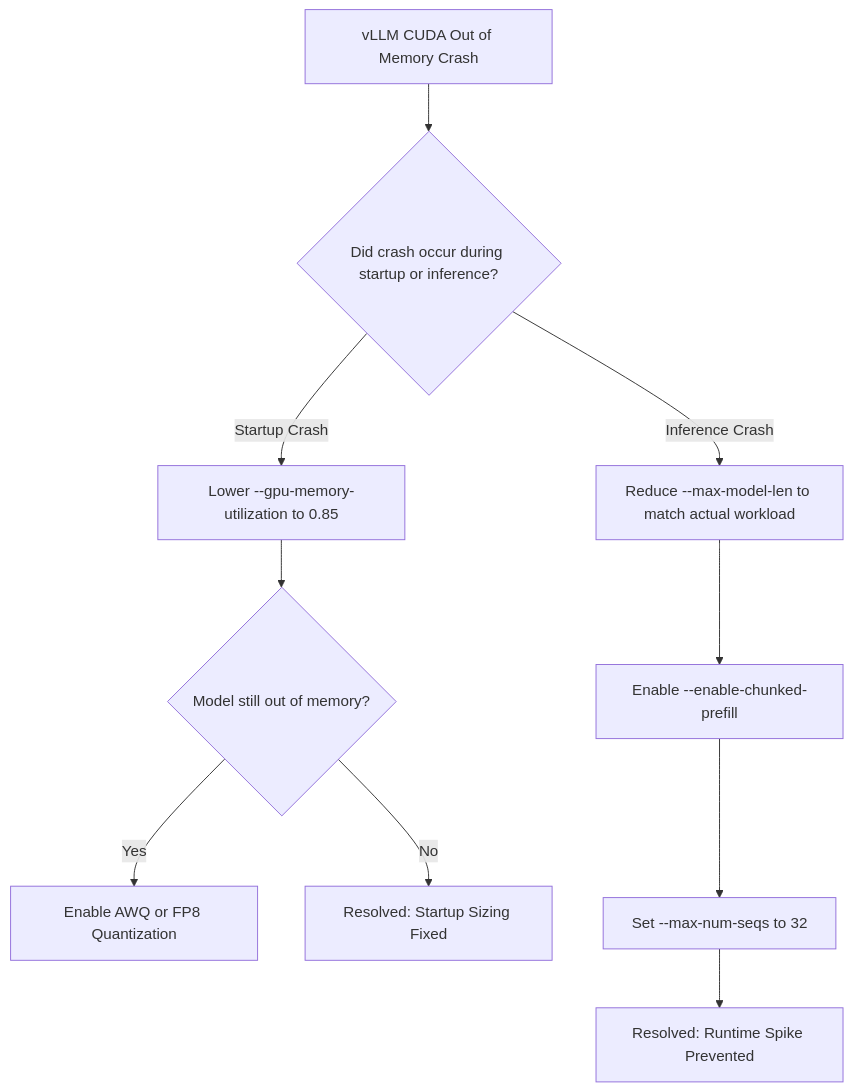
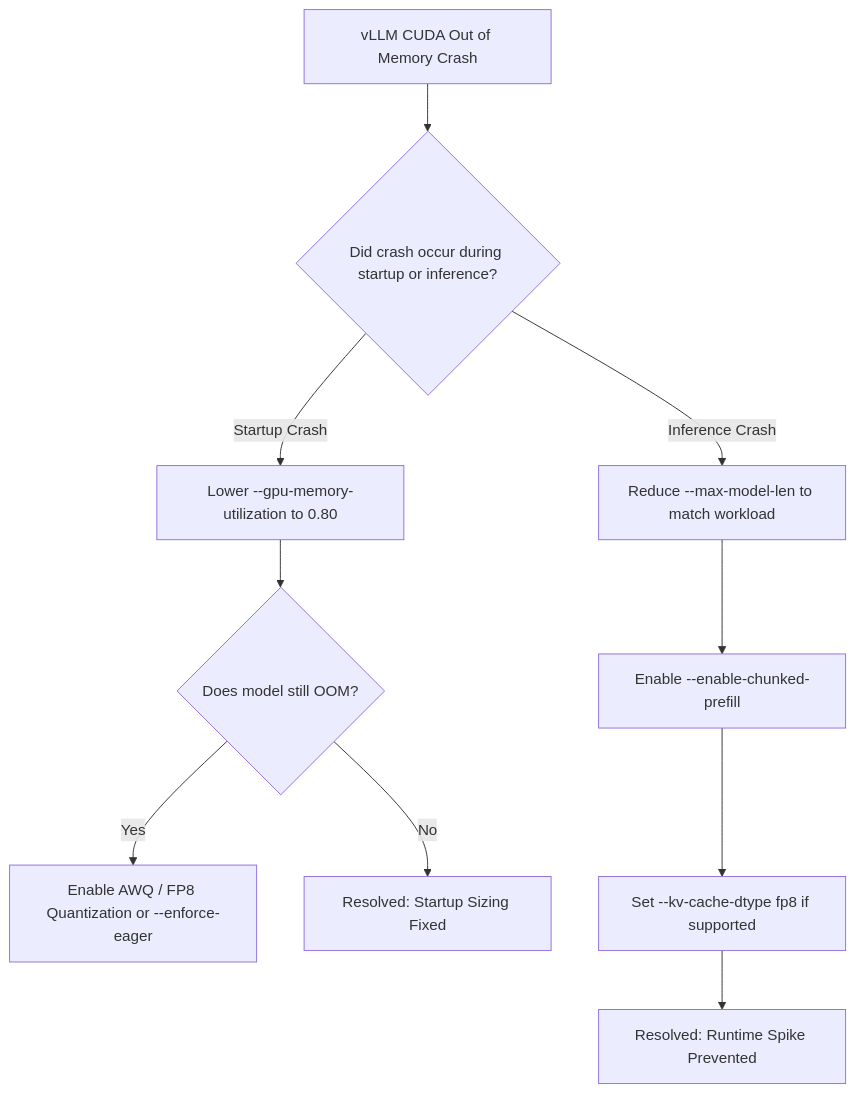
Before and after one commit to jaswanthsai7/Nadhebe: the second of 2 diagrams in src/content/tutorials/vllm-gpu-out-of-memory-oom-troubleshooting-guide.md, drawn with Mermaid. The commit also changed other lines of this file and 16 other files, not shown here.

Commit message:
refactor(seo): sanitize evidence, replace simulated benchmarks with verified vLLM/Ollama specs, update URL slug to architectural-comparison

````diff
--- a/src/content/tutorials/vllm-gpu-out-of-memory-oom-troubleshooting-guide.md
+++ b/src/content/tutorials/vllm-gpu-out-of-memory-oom-troubleshooting-guide.md
@@ -130,14 +91,14 @@
 ```mermaid
 flowchart TD
     OOM[vLLM CUDA Out of Memory Crash] --> Q1{Did crash occur during startup or inference?}
     
-    Q1 -->|Startup Crash| S1[Lower --gpu-memory-utilization to 0.85]
-    S1 --> S2{Model still out of memory?}
-    S2 -->|Yes| S3[Enable AWQ or FP8 Quantization]
+    Q1 -->|Startup Crash| S1[Lower --gpu-memory-utilization to 0.80]
+    S1 --> S2{Does model still OOM?}
+    S2 -->|Yes| S3[Enable AWQ / FP8 Quantization or --enforce-eager]
     S2 -->|No| Solved1[Resolved: Startup Sizing Fixed]
     
-    Q1 -->|Inference Crash| I1[Reduce --max-model-len to match actual workload]
+    Q1 -->|Inference Crash| I1[Reduce --max-model-len to match workload]
     I1 --> I2[Enable --enable-chunked-prefill]
-    I2 --> I3[Set --max-num-seqs to 32]
+    I2 --> I3[Set --kv-cache-dtype fp8 if supported]
     I3 --> Solved2[Resolved: Runtime Spike Prevented]
 ```
````
